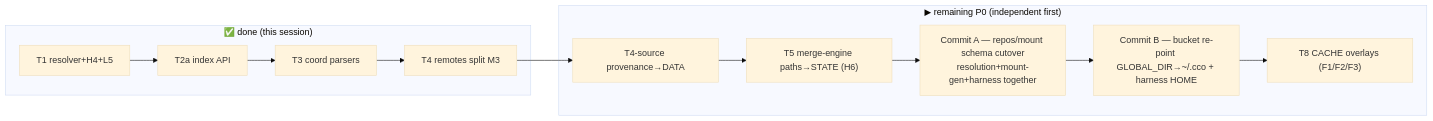
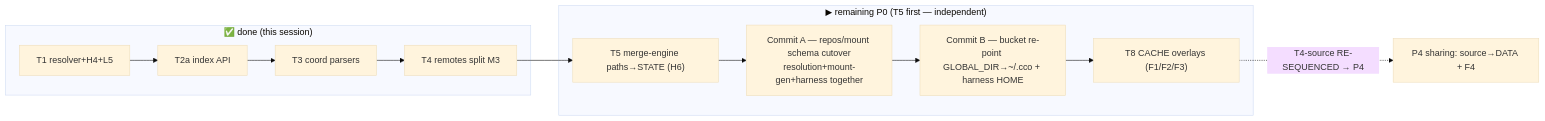
Before and after one commit to alergyonthestage/claude-orchestrator: the diagram in docs/maintainer/configuration/decentralized-config/Z-handoff-p0-resume.md, drawn with Mermaid (base theme). The commit also changed other lines of this file and 4 other files, not shown here.

````diff
--- a/docs/maintainer/configuration/decentralized-config/Z-handoff-p0-resume.md
+++ b/docs/maintainer/configuration/decentralized-config/Z-handoff-p0-resume.md
@@ -23,13 +23,14 @@
 ```mermaid
 flowchart LR
   subgraph done["✅ done (this session)"]
     T1["T1 resolver+H4+L5"] --> T2a["T2a index API"] --> T3["T3 coord parsers"] --> T4r["T4 remotes split M3"]
   end
-  subgraph next["▶ remaining P0 (independent first)"]
-    T4s["T4-source provenance→DATA"] --> T5["T5 merge-engine paths→STATE (H6)"]
+  subgraph next["▶ remaining P0 (T5 first — independent)"]
+    T5["T5 merge-engine paths→STATE (H6)"]
     T5 --> CA["Commit A — repos/mount schema cutover<br/>resolution+mount-gen+harness together"]
     CA --> CB["Commit B — bucket re-point GLOBAL_DIR→~/.cco + harness HOME"]
     CB --> T8["T8 CACHE overlays (F1/F2/F3)"]
   end
-  T4r --> T4s
+  T4r --> T5
+  T8 -. "T4-source RE-SEQUENCED → P4" .-> P4["P4 sharing: source→DATA + F4"]
 ```
````
